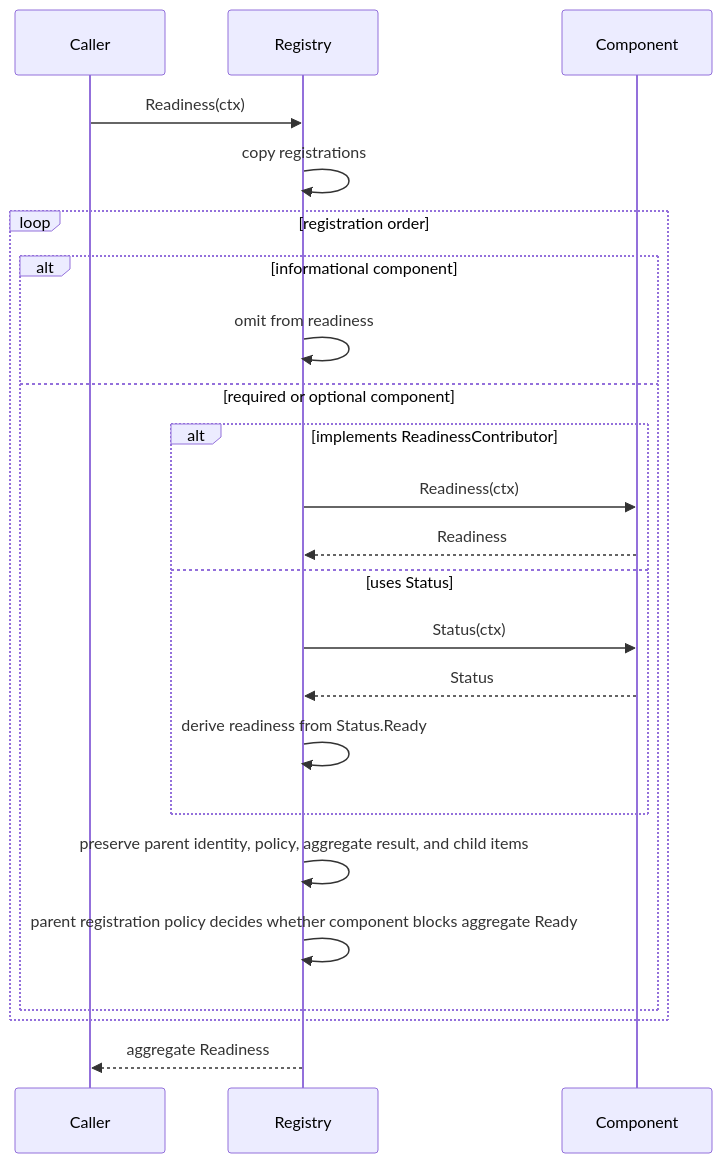
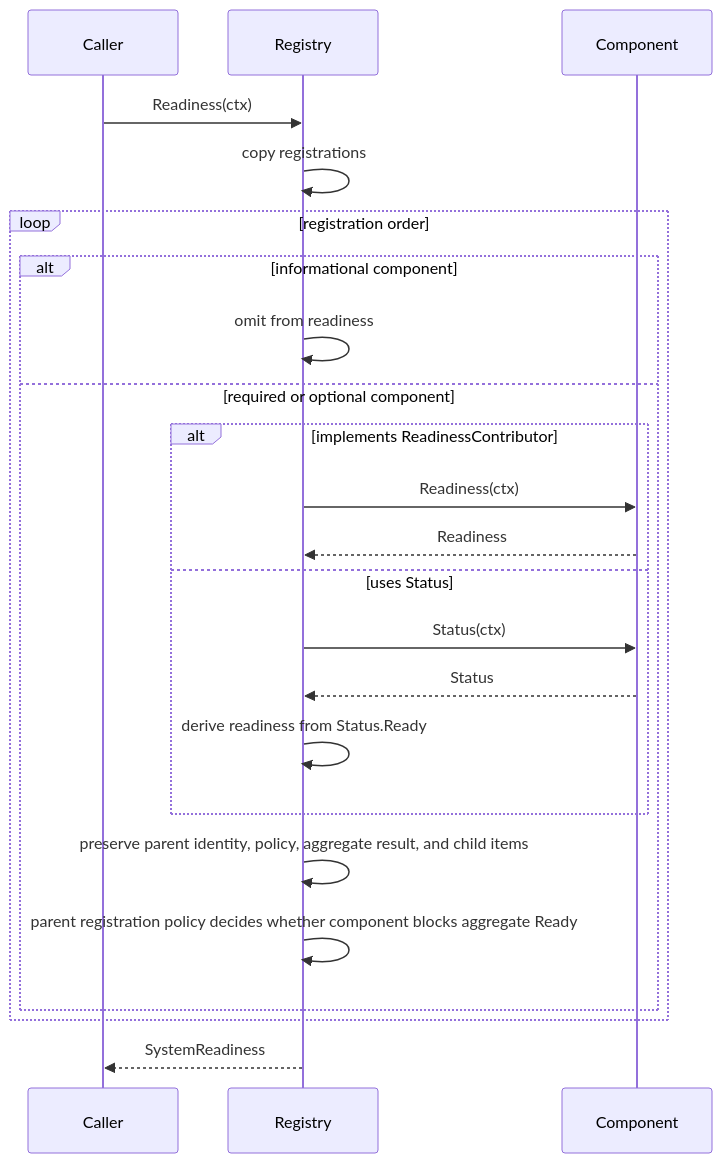
Before and after one commit to jaredjakacky/opskit: the third of 4 diagrams in docs/design.md, drawn with Mermaid. The commit also changed other lines of this file and 14 other files, not shown here.

````diff
--- a/docs/design.md
+++ b/docs/design.md
@@ -369,29 +367,29 @@
 ```mermaid
 sequenceDiagram
   participant Caller
   participant Registry
   participant Component
 
   Caller->>Registry: Readiness(ctx)
   Registry->>Registry: copy registrations
 
   loop registration order
     alt informational component
       Registry->>Registry: omit from readiness
     else required or optional component
       alt implements ReadinessContributor
         Registry->>Component: Readiness(ctx)
         Component-->>Registry: Readiness
       else uses Status
         Registry->>Component: Status(ctx)
         Component-->>Registry: Status
         Registry->>Registry: derive readiness from Status.Ready
       end
 
       Registry->>Registry: preserve parent identity, policy, aggregate result, and child items
       Registry->>Registry: parent registration policy decides whether component blocks aggregate Ready
     end
   end
 
-  Registry-->>Caller: aggregate Readiness
+  Registry-->>Caller: SystemReadiness
 ```
````
